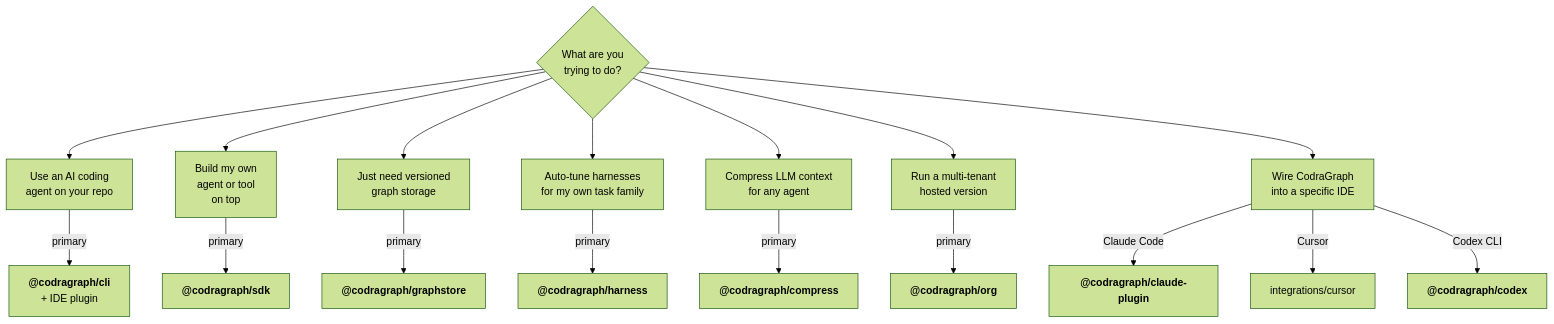
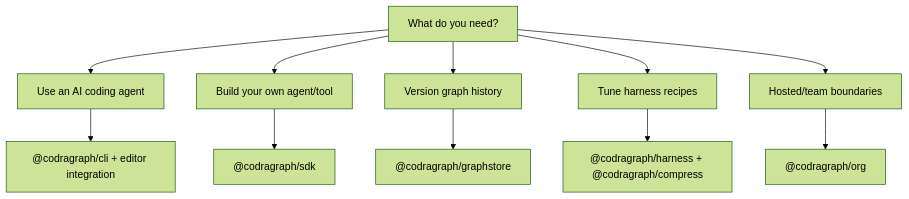
Before and after one commit to AnitChaudhry/CodraGraph: the second of 10 diagrams in README.md, drawn with Mermaid (forest theme). The commit also changed other lines of this file and 163 other files, not shown here.

Commit message:
Implement feature cluster architecture and production polish

````diff
--- a/README.md
+++ b/README.md
@@ -84,20 +70,13 @@
 ```mermaid
 flowchart TD
-    Start{"What are you<br/>trying to do?"} --> A["Use an AI coding<br/>agent on your repo"]
-    Start --> B["Build my own<br/>agent or tool<br/>on top"]
-    Start --> C["Just need versioned<br/>graph storage"]
-    Start --> D["Auto-tune harnesses<br/>for my own task family"]
-    Start --> G["Compress LLM context<br/>for any agent"]
-    Start --> E["Run a multi-tenant<br/>hosted version"]
-    Start --> F["Wire CodraGraph<br/>into a specific IDE"]
-
-    A -->|primary| P1["<b>@codragraph/cli</b><br/>+ IDE plugin"]
-    B -->|primary| P2["<b>@codragraph/sdk</b>"]
-    C -->|primary| P3["<b>@codragraph/graphstore</b>"]
-    D -->|primary| P4["<b>@codragraph/harness</b>"]
-    G -->|primary| P9["<b>@codragraph/compress</b>"]
-    E -->|primary| P5["<b>@codragraph/org</b>"]
-    F -->|Claude Code| P6["<b>@codragraph/claude-plugin</b>"]
-    F -->|Cursor| P7["integrations/cursor"]
-    F -->|Codex CLI| P8["<b>@codragraph/codex</b>"]
+    Need["What do you need?"] --> Agent["Use an AI coding agent"]
+    Need --> Build["Build your own agent/tool"]
+    Need --> Store["Version graph history"]
+    Need --> Tune["Tune harness recipes"]
+    Need --> Host["Hosted/team boundaries"]
+    Agent --> CLI["@codragraph/cli + editor integration"]
+    Build --> SDK["@codragraph/sdk"]
+    Store --> Graphstore["@codragraph/graphstore"]
+    Tune --> Harness["@codragraph/harness + @codragraph/compress"]
+    Host --> Org["@codragraph/org"]
 ```
````
